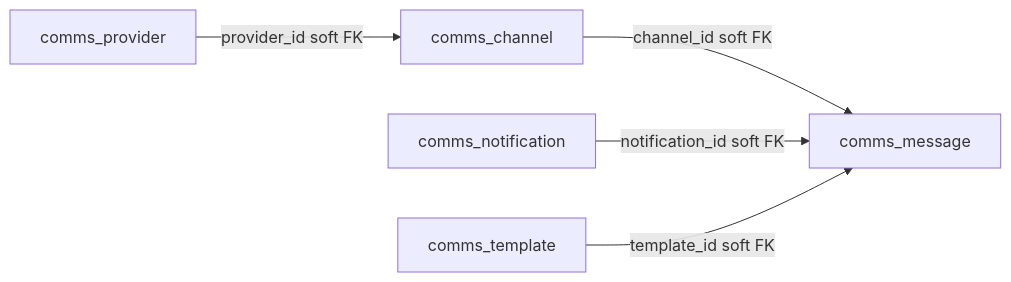
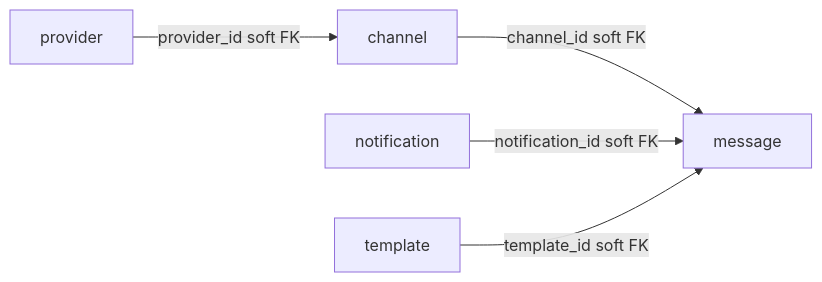
One commit to AdityaBorkar/aspen-os changed the second of 3 diagrams in packages/comms/docs/overview.mdx. Above: the diagram before and after it, drawn with Mermaid. The commit also changed other lines of this file and 72 other files, not shown here.

````diff
--- a/packages/comms/docs/overview.mdx
+++ b/packages/comms/docs/overview.mdx
@@ -108,7 +108,7 @@
 ```mermaid
 flowchart LR
-  P[comms_provider] -->|provider_id soft FK| C[comms_channel]
-  C -->|channel_id soft FK| M[comms_message]
-  N[comms_notification] -->|notification_id soft FK| M
-  T[comms_template] -->|template_id soft FK| M
+  P[provider] -->|provider_id soft FK| C[channel]
+  C -->|channel_id soft FK| M[message]
+  N[notification] -->|notification_id soft FK| M
+  T[template] -->|template_id soft FK| M
 ```
````
